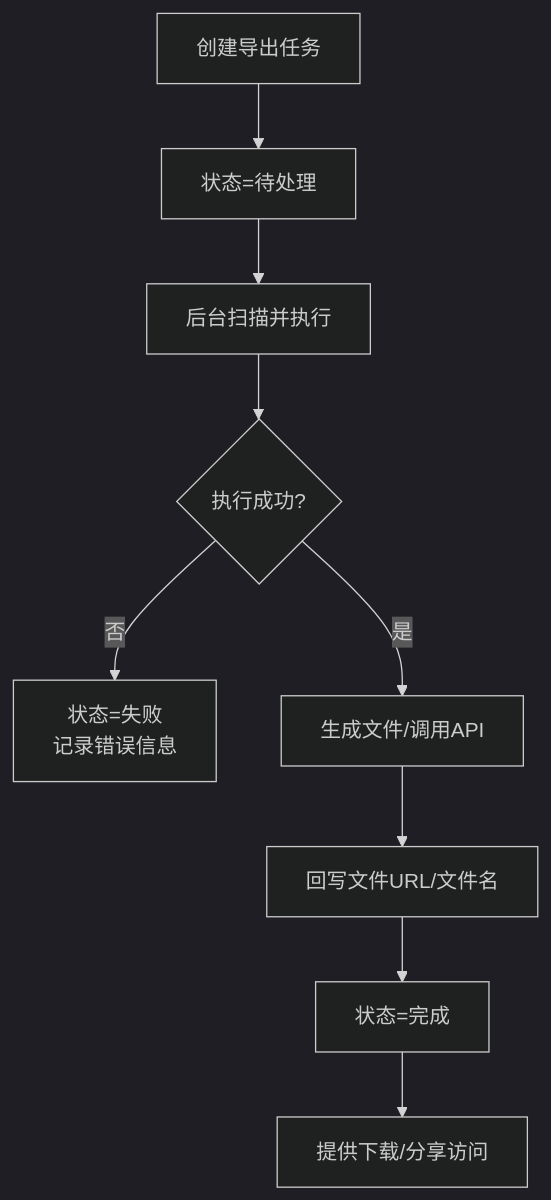
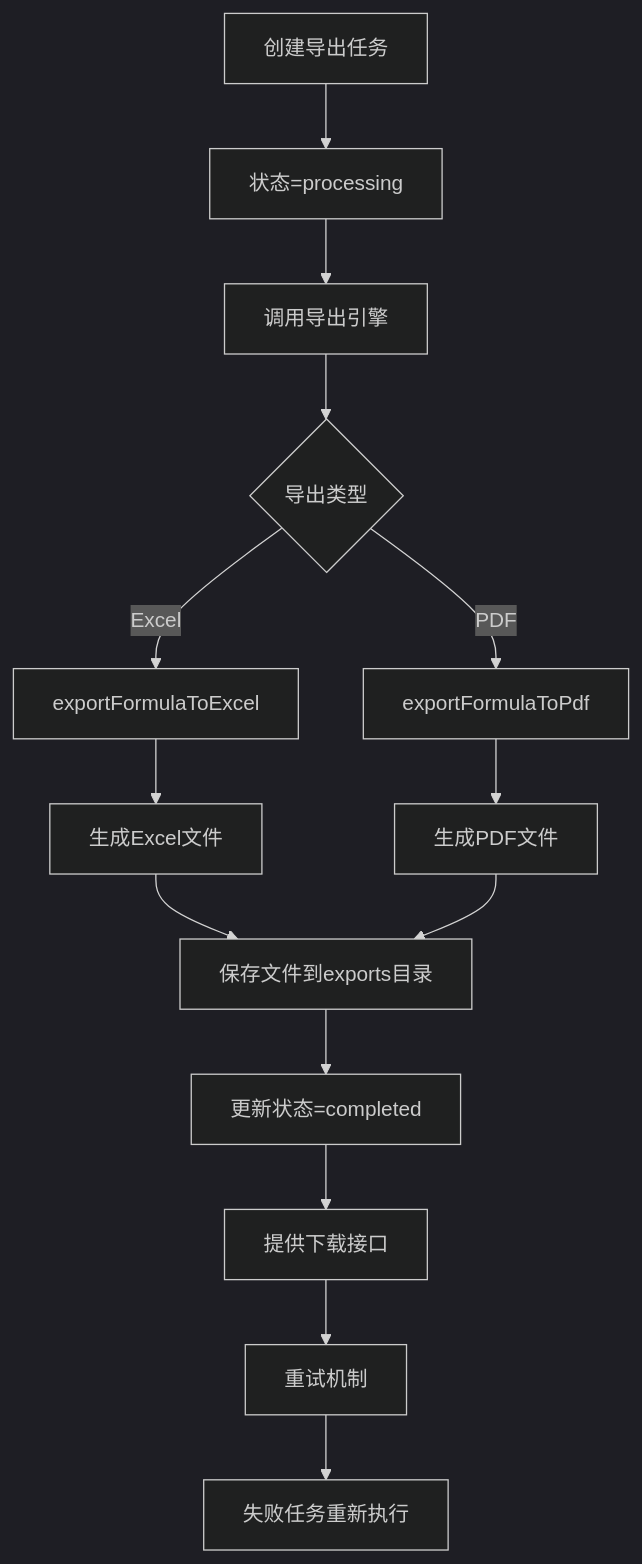
Before and after one commit to xpretycn/TingStudio: the tenth of 10 diagrams in .qoder/repowiki/zh/content/后端开发指南/控制器层实现/导出控制器.md, drawn with Mermaid (dark theme). The commit also changed other lines of this file and 56 other files, not shown here.

````diff
--- a/.qoder/repowiki/zh/content/后端开发指南/控制器层实现/导出控制器.md
+++ b/.qoder/repowiki/zh/content/后端开发指南/控制器层实现/导出控制器.md
@@ -429,11 +524,16 @@
 ```mermaid
 flowchart TD
-A["创建导出任务"] --> B["状态=待处理"]
-B --> C["后台扫描并执行"]
-C --> D{"执行成功?"}
-D -- 否 --> E["状态=失败<br/>记录错误信息"]
-D -- 是 --> F["生成文件/调用API"]
-F --> G["回写文件URL/文件名"]
-G --> H["状态=完成"]
-H --> I["提供下载/分享访问"]
+A["创建导出任务"] --> B["状态=processing"]
+B --> C["调用导出引擎"]
+C --> D{"导出类型"}
+D --> |Excel| E["exportFormulaToExcel"]
+D --> |PDF| F["exportFormulaToPdf"]
+E --> G["生成Excel文件"]
+F --> H["生成PDF文件"]
+G --> I["保存文件到exports目录"]
+H --> I
+I --> J["更新状态=completed"]
+J --> K["提供下载接口"]
+K --> L["重试机制"]
+L --> M["失败任务重新执行"]
 ```
````
